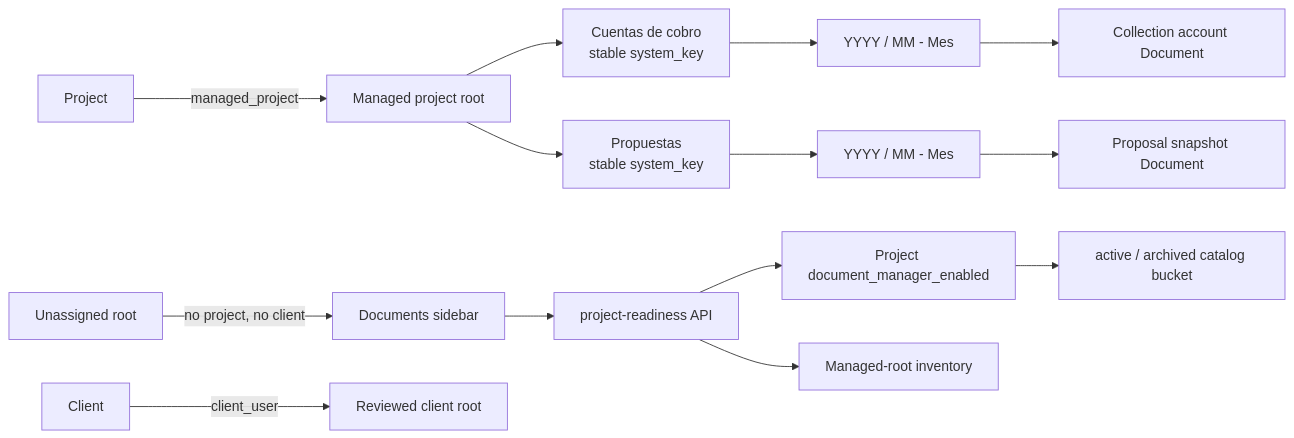
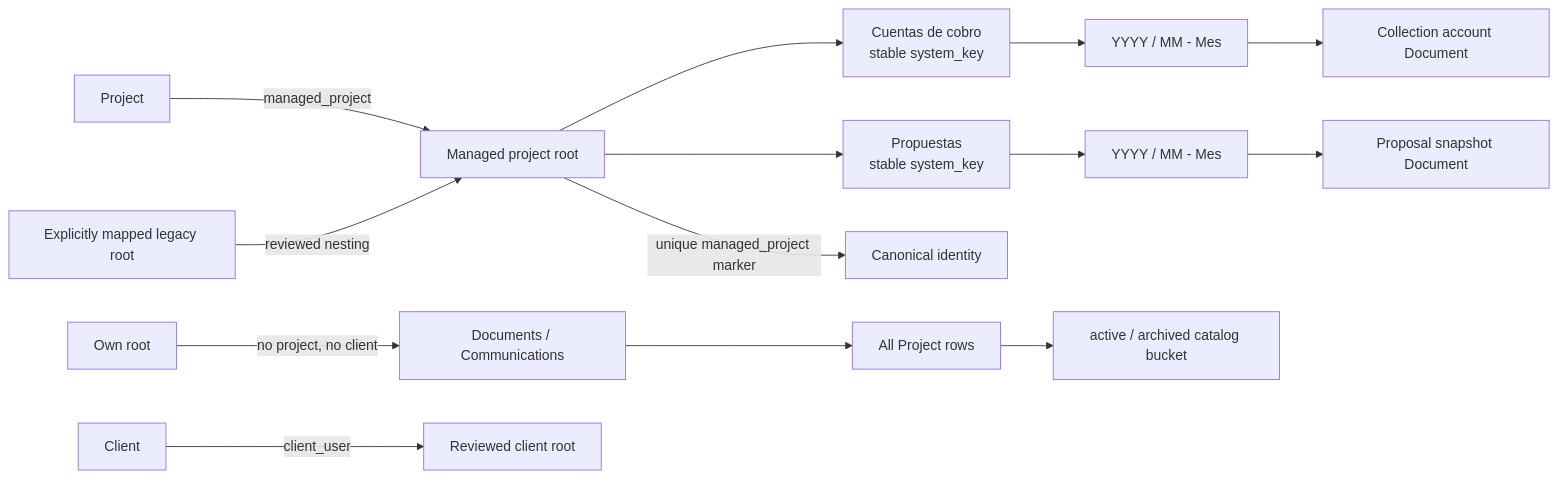
One commit to gustavop-dev/projectapp changed the sixth of 22 diagrams in docs/methodology/architecture.md. Above: the diagram before and after it, drawn with Mermaid. The commit also changed other lines of this file and 64 other files, not shown here.

````diff
--- a/docs/methodology/architecture.md
+++ b/docs/methodology/architecture.md
@@ -270,17 +270,17 @@
 ```mermaid
 flowchart LR
     Project[Project] -->|managed_project| Root[Managed project root]
     Root --> Accounts[Cuentas de cobro\nstable system_key]
     Root --> Proposals[Propuestas\nstable system_key]
     Accounts --> AccountDate[YYYY / MM - Mes]
     Proposals --> ProposalDate[YYYY / MM - Mes]
     AccountDate --> AccountDoc[Collection account Document]
     ProposalDate --> ProposalDoc[Proposal snapshot Document]
 
-    Sidebar[Documents sidebar] --> Readiness[project-readiness API]
-    Readiness --> Catalog[Project document_manager_enabled]
+    Sidebar[Documents / Communications] --> Catalog[All Project rows]
     Catalog --> Lifecycle[active / archived catalog bucket]
-    Readiness --> RootInventory[Managed-root inventory]
+    Root -->|unique managed_project marker| RootIdentity[Canonical identity]
+    LegacyBranch[Explicitly mapped legacy root] -->|reviewed nesting| Root
     Client[Client] -->|client_user| ClientRoot[Reviewed client root]
-    Unassigned[Unassigned root] -->|no project, no client| Sidebar
+    Own[Own root] -->|no project, no client| Sidebar
 ```
````
